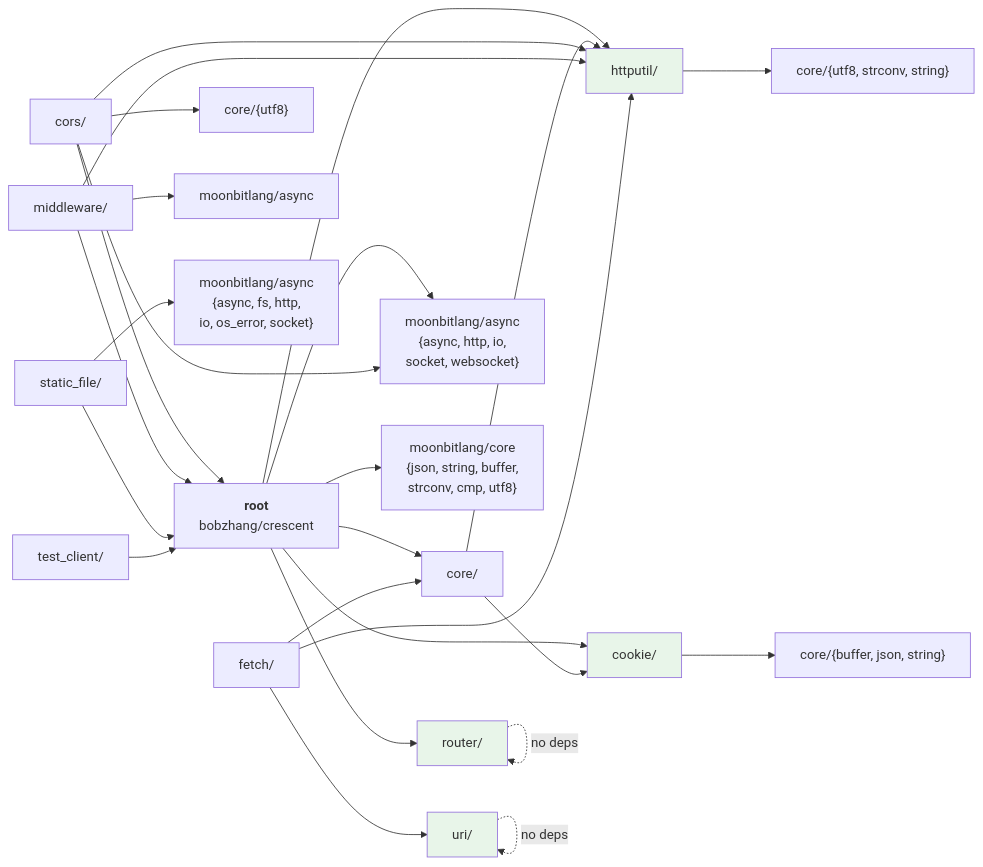
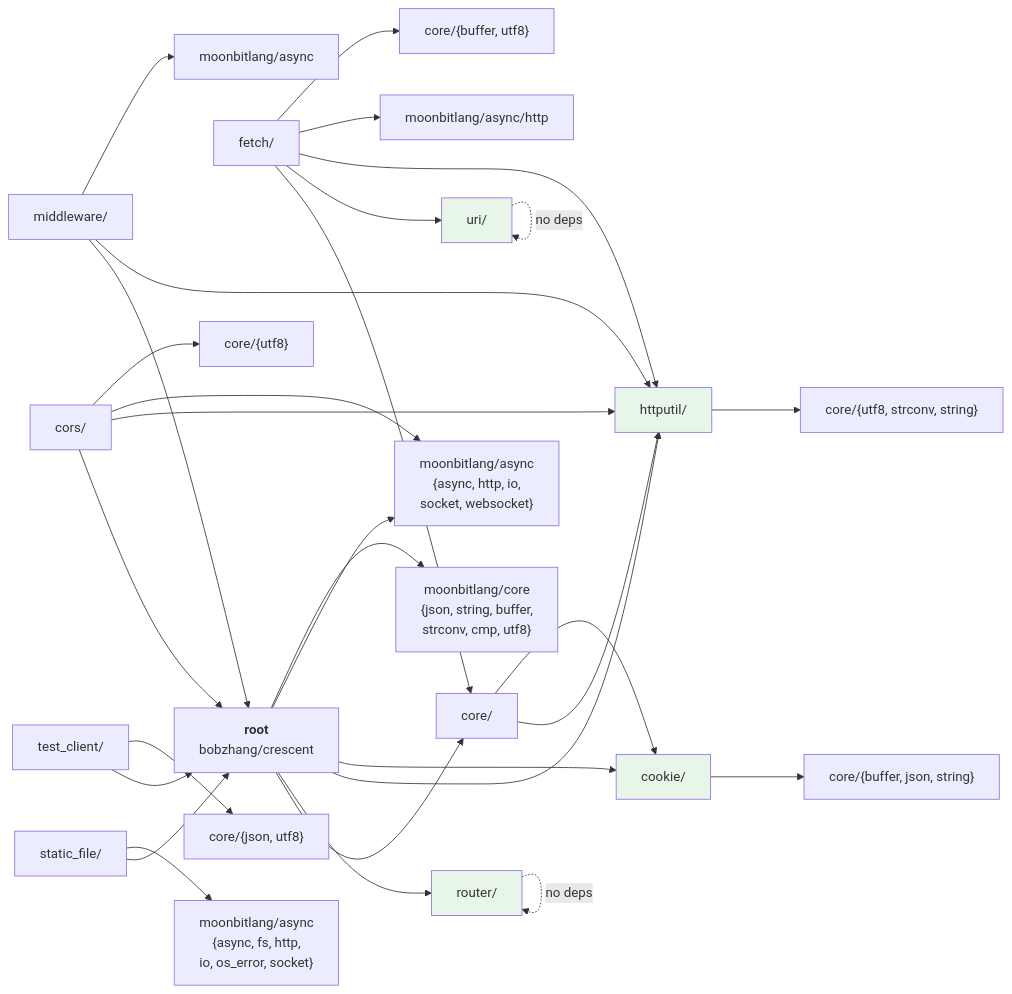
The second of 7 diagrams in ARCHITECTURE.md (bobzhang/mocket), drawn with Mermaid before and after one commit.

Commit message:
docs: complete external-dep edges for fetch/ and test_client/
Codex flagged that the dependency graph showed internal-only edges for
the new fetch/ and test_client/ nodes while other packages had their
external deps (async, core/{utf8, ...}) drawn in.

````diff
--- a/ARCHITECTURE.md
+++ b/ARCHITECTURE.md
@@ -291,53 +291,56 @@
 ```mermaid
 graph LR
     ROOT["<b>root</b><br/>bobzhang/crescent"]
     CORE_PKG["core/"]
     ROUTER["router/"]
     HTTP["httputil/"]
     COOKIE["cookie/"]
     URI["uri/"]
     CORS["cors/"]
     MW["middleware/"]
     SF["static_file/"]
     FETCH["fetch/"]
     TC["test_client/"]
 
     ROOT --> CORE_PKG
     ROOT --> ROUTER
     ROOT --> HTTP
     ROOT --> COOKIE
     ROOT --> ASYNC_LIB["moonbitlang/async<br/>{async, http, io,<br/>socket, websocket}"]
     ROOT --> MCORE["moonbitlang/core<br/>{json, string, buffer,<br/>strconv, cmp, utf8}"]
 
     CORE_PKG --> HTTP
     CORE_PKG --> COOKIE
 
     HTTP --> CORE_SUB["core/{utf8, strconv, string}"]
     COOKIE --> CORE_SUB2["core/{buffer, json, string}"]
 
     CORS --> ROOT
     CORS --> HTTP
     CORS --> ASYNC_LIB
     CORS --> CORE_SUB3["core/{utf8}"]
 
     MW --> ROOT
     MW --> HTTP
     MW --> ASYNC_LIB2["moonbitlang/async"]
 
     SF --> ROOT
     SF --> ASYNC_LIB3["moonbitlang/async<br/>{async, fs, http,<br/>io, os_error, socket}"]
 
     FETCH --> CORE_PKG
     FETCH --> URI
     FETCH --> HTTP
+    FETCH --> ASYNC_LIB4["moonbitlang/async/http"]
+    FETCH --> CORE_SUB4["core/{buffer, utf8}"]
 
     TC --> ROOT
+    TC --> CORE_SUB5["core/{json, utf8}"]
 
     ROUTER -.->|"no deps"| ROUTER
     URI -.->|"no deps"| URI
 
     style ROUTER fill:#e8f5e9
     style URI fill:#e8f5e9
     style COOKIE fill:#e8f5e9
     style HTTP fill:#e8f5e9
 ```
````
